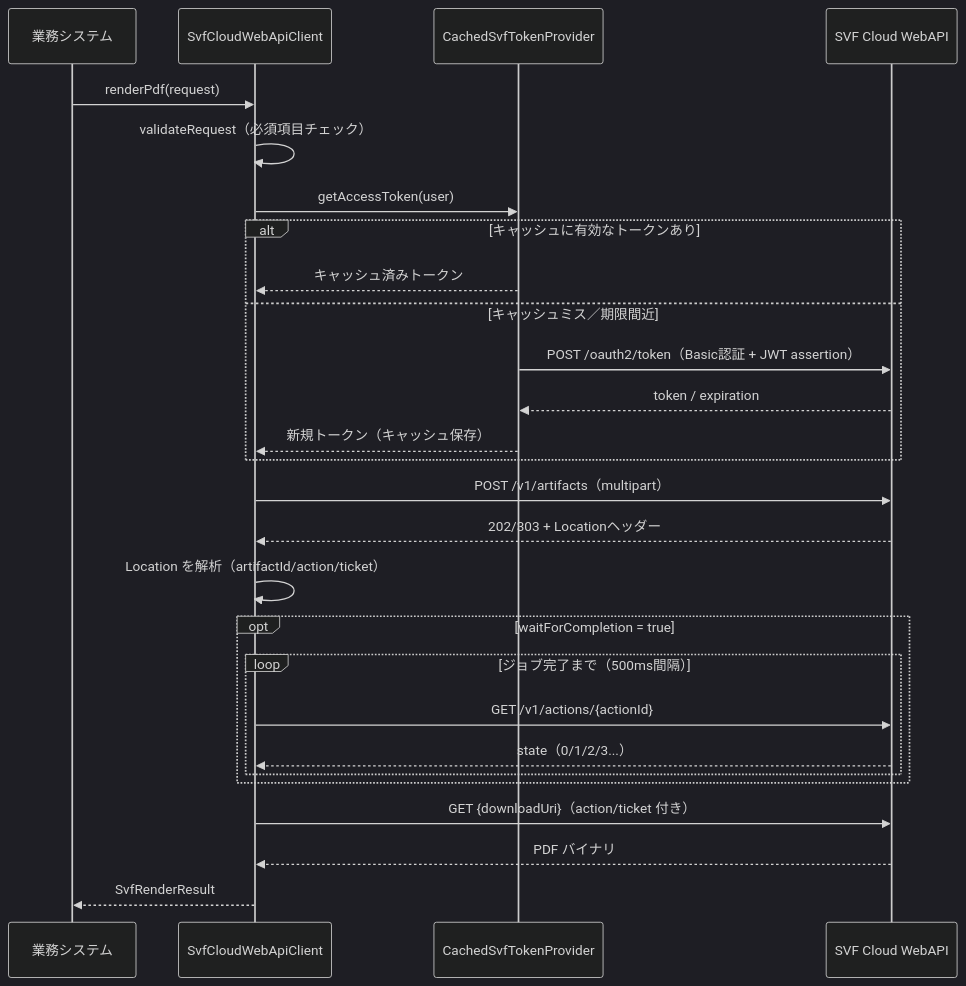
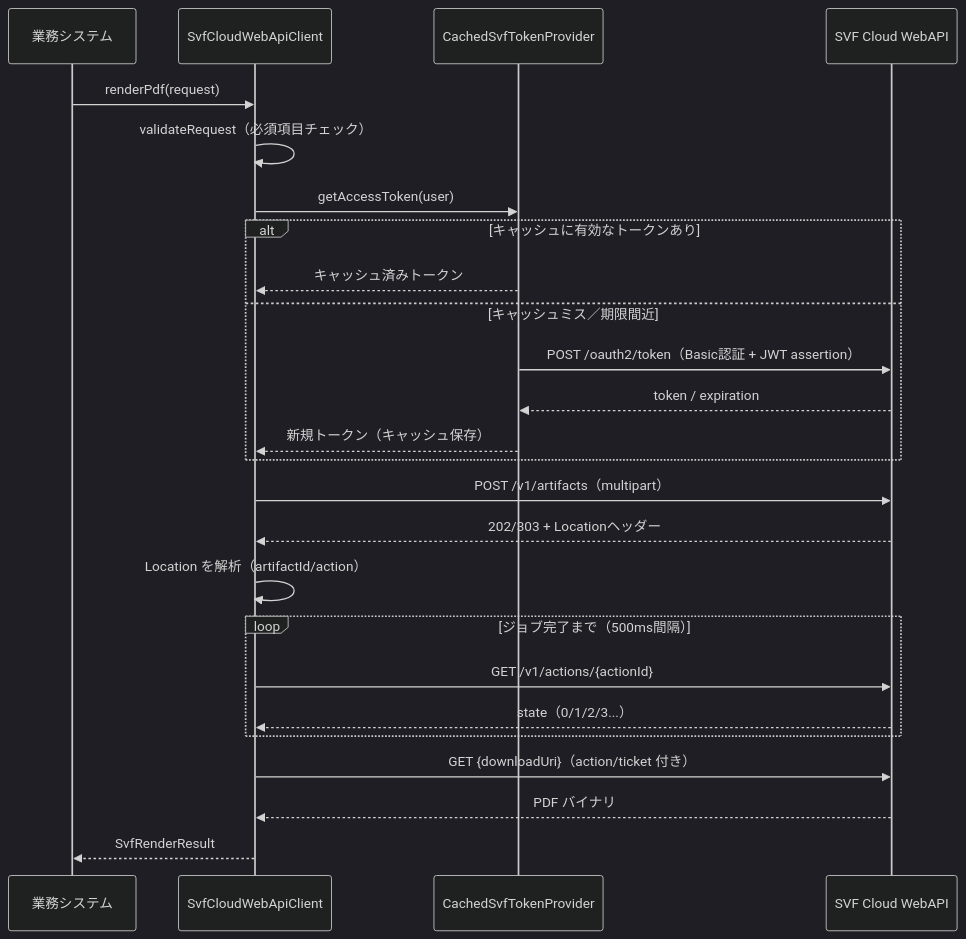
Before and after one commit to WF152189/222222: the diagram in docs/svf-package-external-design.md, drawn with Mermaid (dark theme). The commit also changed other lines of this file and 14 other files, not shown here.

````diff
--- a/docs/svf-package-external-design.md
+++ b/docs/svf-package-external-design.md
@@ -139,30 +140,28 @@
 ```mermaid
 sequenceDiagram
     participant Biz as 業務システム
     participant Api as SvfCloudWebApiClient
     participant Tok as CachedSvfTokenProvider
     participant Svf as SVF Cloud WebAPI
 
     Biz->>Api: renderPdf(request)
     Api->>Api: validateRequest（必須項目チェック）
     Api->>Tok: getAccessToken(user)
     alt キャッシュに有効なトークンあり
         Tok-->>Api: キャッシュ済みトークン
     else キャッシュミス／期限間近
         Tok->>Svf: POST /oauth2/token（Basic認証 + JWT assertion）
         Svf-->>Tok: token / expiration
         Tok-->>Api: 新規トークン（キャッシュ保存）
     end
     Api->>Svf: POST /v1/artifacts（multipart）
     Svf-->>Api: 202/303 + Locationヘッダー
-    Api->>Api: Location を解析（artifactId/action/ticket）
-    opt waitForCompletion = true
-        loop ジョブ完了まで（500ms間隔）
-            Api->>Svf: GET /v1/actions/{actionId}
-            Svf-->>Api: state（0/1/2/3...）
-        end
+    Api->>Api: Location を解析（artifactId/action）
+    loop ジョブ完了まで（500ms間隔）
+        Api->>Svf: GET /v1/actions/{actionId}
+        Svf-->>Api: state（0/1/2/3...）
     end
     Api->>Svf: GET {downloadUri}（action/ticket 付き）
     Svf-->>Api: PDF バイナリ
     Api-->>Biz: SvfRenderResult
 ```
````
